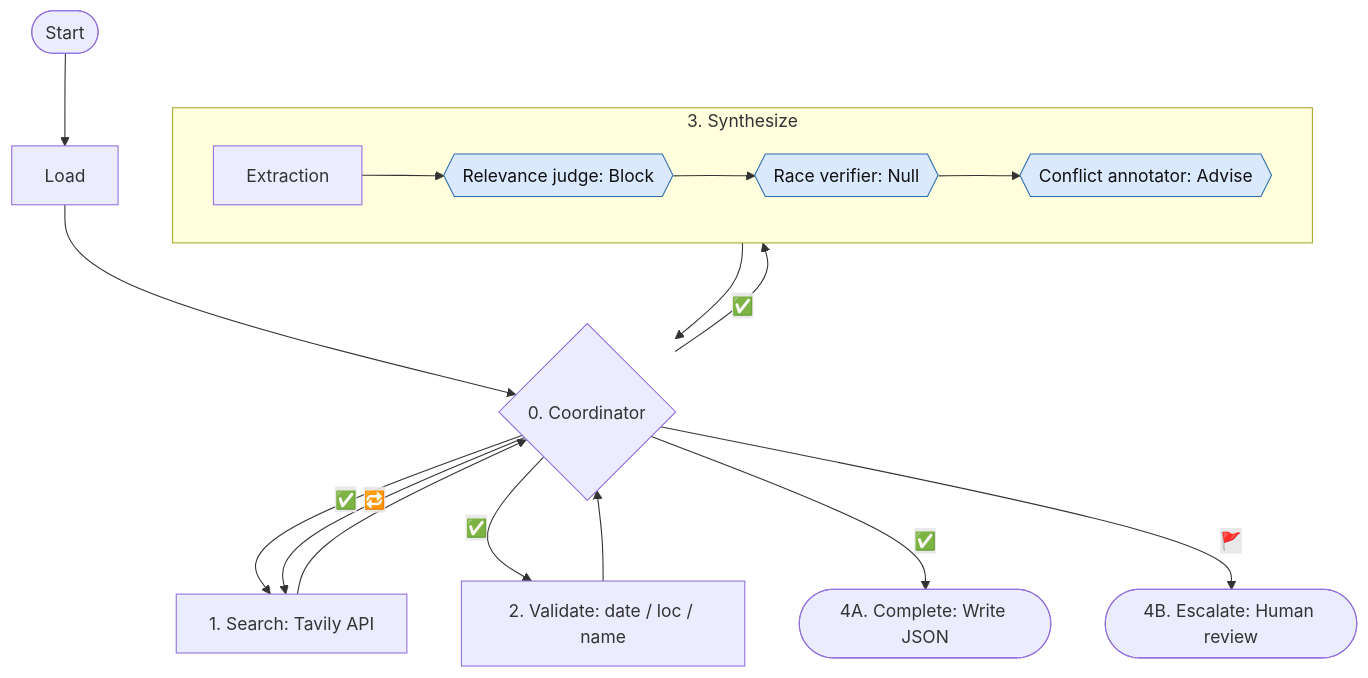
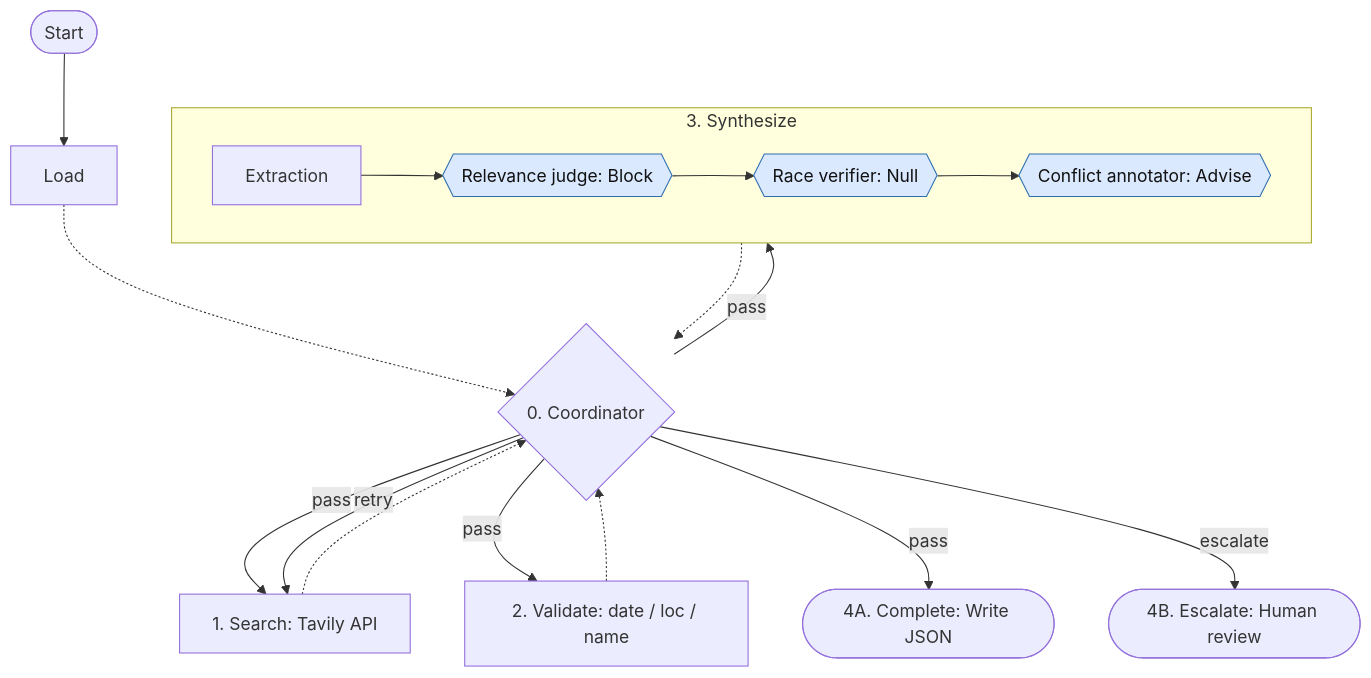
Before and after one commit to scipy-conference/scipy_proceedings: the diagram in papers/hongsup_shin/main.md, drawn with Mermaid. The commit also changed other lines of this file and 3 other files, not shown here.

First line of the commit message:
Add overview figure and routing/gate tables; revise prose

````diff
--- a/papers/hongsup_shin/main.md
+++ b/papers/hongsup_shin/main.md
@@ -49,25 +49,25 @@
 ```{mermaid}
 flowchart TD
   Start([Start]) --> Load[Load]
-  Load --> Coord{0. Coordinator}
-  Coord -- "✅" --> Search[1. Search: Tavily API]
-  Search --> Coord
-  Coord -- "✅" --> Validate[2. Validate: date / loc / name]
-  Coord -- "🔁" --> Search
-  Validate --> Coord
+  Load -.-> Coord{0. Coordinator}
+  Coord -- "pass" --> Search[1. Search: Tavily API]
+  Search -.-> Coord
+  Coord -- "pass" --> Validate[2. Validate: date / loc / name]
+  Coord -- "retry" --> Search
+  Validate -.-> Coord
 
   subgraph Synth [3. Synthesize]
     direction LR
     Extract[Extraction] --> RJ{{Relevance judge: Block}}
     RJ --> RV{{Race verifier: Null}}
     RV --> CA{{Conflict annotator: Advise}}
   end
 
-  Coord -- "✅" --> Synth
-  Synth --> Coord
-  Coord -- "✅" --> Complete([4A. Complete: Write JSON])
-  Coord -- "🚩" --> Escalate([4B. Escalate: Human review])
+  Coord -- "pass" --> Synth
+  Synth -.-> Coord
+  Coord -- "pass" --> Complete([4A. Complete: Write JSON])
+  Coord -- "escalate" --> Escalate([4B. Escalate: Human review])
 
   classDef judge fill:#dbe9ff,stroke:#2f6fb0,color:#111
   class RJ,RV,CA judge
 ```
````
